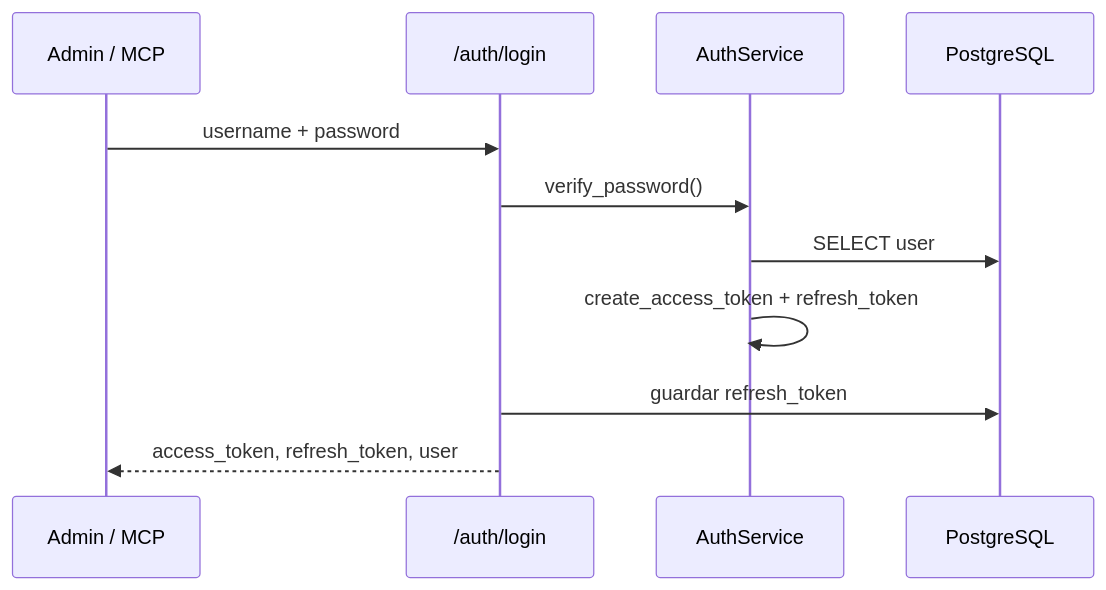
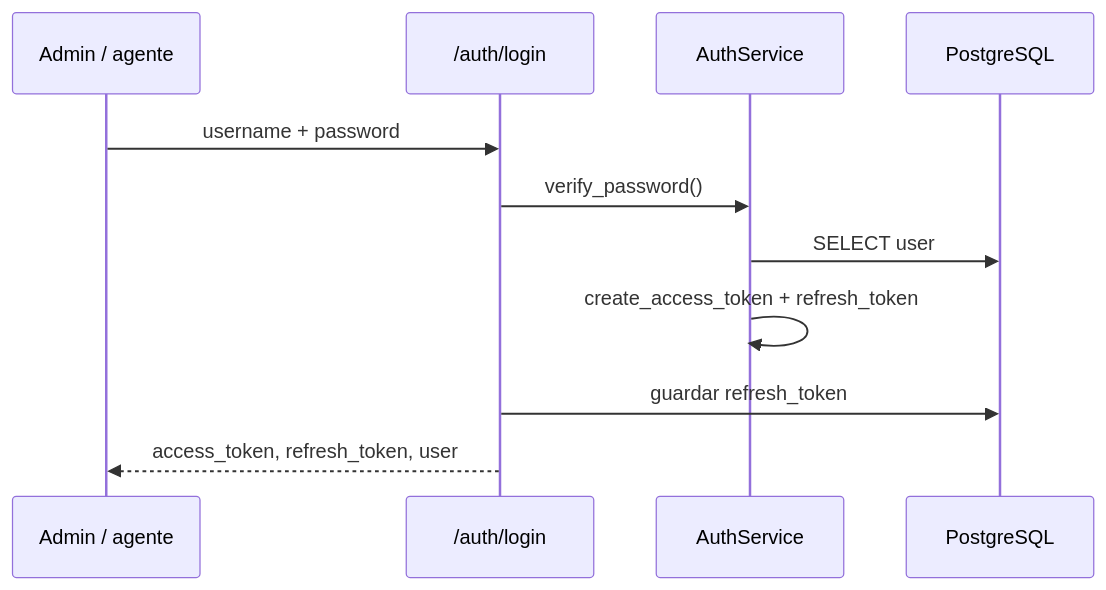
Before and after one commit to cjhirashi/cjhirashi-career: the second of 2 diagrams in cjhirashi-career-api/docs/sections/auth/README.md, drawn with Mermaid. The commit also changed other lines of this file and 44 other files, not shown here.

````diff
--- a/cjhirashi-career-api/docs/sections/auth/README.md
+++ b/cjhirashi-career-api/docs/sections/auth/README.md
@@ -51,14 +51,14 @@
 ```mermaid
 sequenceDiagram
-    participant Client as Admin / MCP
+    participant Client as Admin / agente
     participant API as /auth/login
     participant Auth as AuthService
     participant DB as PostgreSQL
 
     Client->>API: username + password
     API->>Auth: verify_password()
     Auth->>DB: SELECT user
     Auth->>Auth: create_access_token + refresh_token
     API->>DB: guardar refresh_token
     API-->>Client: access_token, refresh_token, user
 ```
````
